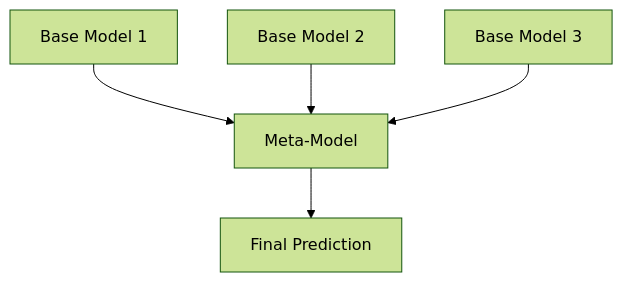
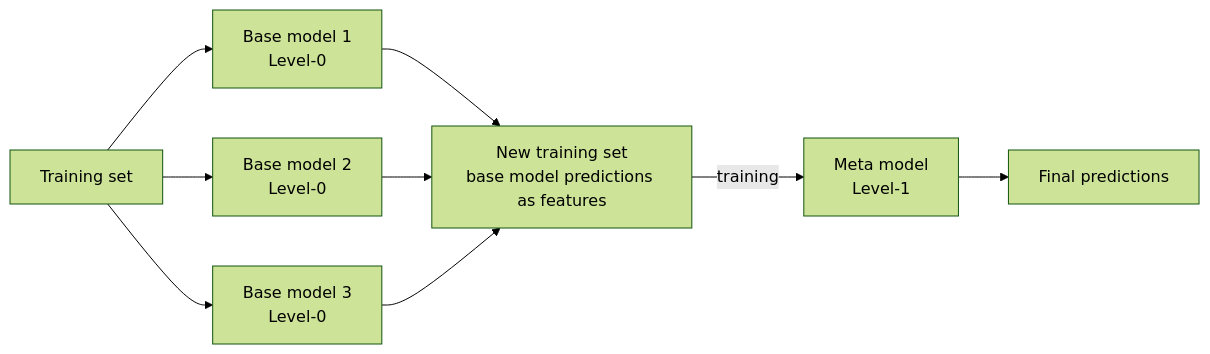
The tenth of 17 diagrams in ml-course/unit-2.md (SureshAmal/learnmaker), drawn with Mermaid (forest theme) before and after one commit. The commit also changed other lines of this file and 668 other files, not shown here.

````diff
--- a/ml-course/unit-2.md
+++ b/ml-course/unit-2.md
@@ -288,7 +686,11 @@
 ```mermaid
-flowchart TD
-    A["Base Model 1"] --> D["Meta-Model"]
-    B["Base Model 2"] --> D
-    C["Base Model 3"] --> D
-    D --> E["Final Prediction"]
+flowchart LR
+    TS["Training set"] --> M1["Base model 1<br/>Level-0"]
+    TS --> M2["Base model 2<br/>Level-0"]
+    TS --> M3["Base model 3<br/>Level-0"]
+    M1 --> NTS["New training set<br/>base model predictions as features"]
+    M2 --> NTS
+    M3 --> NTS
+    NTS -- "training" --> MM["Meta model<br/>Level-1"]
+    MM --> FP["Final predictions"]
 ```
````
